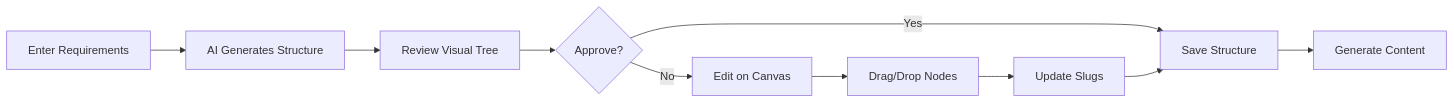
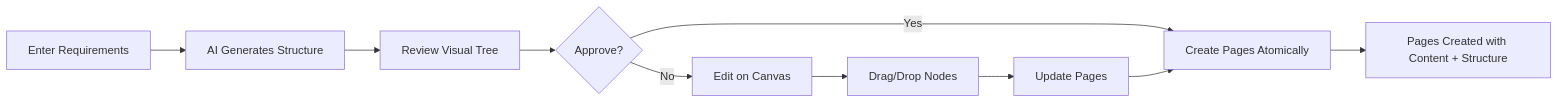
The diagram in docs/epic8-brownfield-prd.md (zanganeh/catalyst-studio), drawn with Mermaid before and after one commit. The commit also changed other lines of this file and 5 other files, not shown here.

````diff
--- a/docs/epic8-brownfield-prd.md
+++ b/docs/epic8-brownfield-prd.md
@@ -193,12 +193,12 @@
 ```mermaid
 graph LR
     A[Enter Requirements] --> B[AI Generates Structure]
     B --> C[Review Visual Tree]
     C --> D{Approve?}
-    D -->|Yes| E[Save Structure]
+    D -->|Yes| E[Create Pages Atomically]
     D -->|No| F[Edit on Canvas]
     F --> G[Drag/Drop Nodes]
-    G --> H[Update Slugs]
+    G --> H[Update Pages]
     H --> E
-    E --> I[Generate Content]
+    E --> I[Pages Created with Content + Structure]
 ```
````
